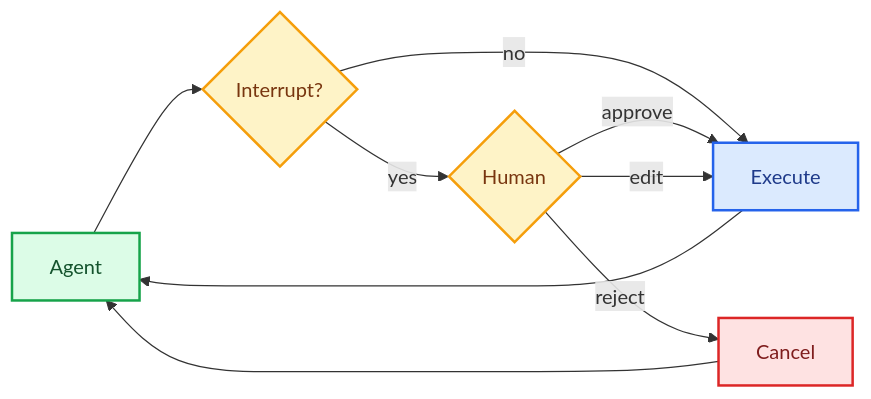
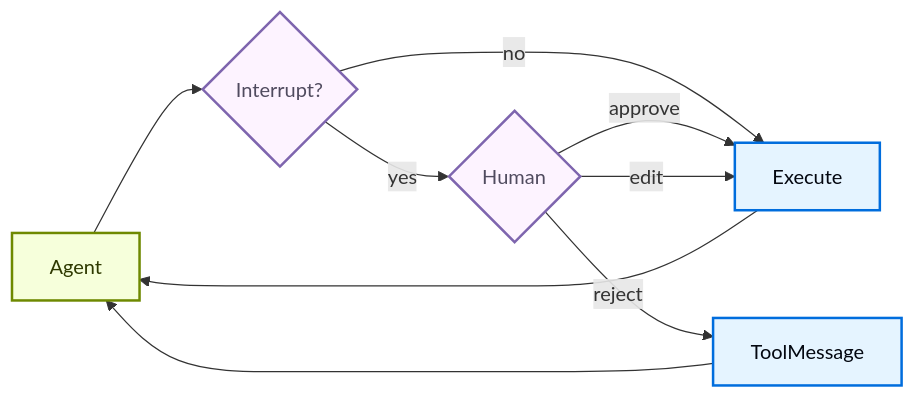
One commit to ActianCorp/langchain-ai-docs changed the diagram in build/oss/javascript/deepagents/human-in-the-loop.mdx. Above: the diagram before and after it, drawn with Mermaid. The commit also changed 2455 other files, not shown here.

````diff
--- a/build/oss/javascript/deepagents/human-in-the-loop.mdx
+++ b/build/oss/javascript/deepagents/human-in-the-loop.mdx
@@ -11,23 +11,23 @@
 ```mermaid
 graph LR
     Agent[Agent] --> Check{Interrupt?}
     Check --> |no| Execute[Execute]
     Check --> |yes| Human{Human}
 
     Human --> |approve| Execute
     Human --> |edit| Execute
-    Human --> |reject| Cancel[Cancel]
+    Human --> |reject| ToolMessage[ToolMessage]
 
     Execute --> Agent
-    Cancel --> Agent
+    ToolMessage --> Agent
 
-    classDef trigger fill:#DCFCE7,stroke:#16A34A,stroke-width:2px,color:#14532D
-    classDef process fill:#DBEAFE,stroke:#2563EB,stroke-width:2px,color:#1E3A8A
-    classDef decision fill:#FEF3C7,stroke:#F59E0B,stroke-width:2px,color:#78350F
-    classDef alert fill:#FEE2E2,stroke:#DC2626,stroke-width:2px,color:#7F1D1D
+    classDef trigger fill:#F6FFDB,stroke:#6E8900,stroke-width:2px,color:#2E3900
+    classDef process fill:#E5F4FF,stroke:#006DDD,stroke-width:2px,color:#030710
+    classDef decision fill:#FDF3FF,stroke:#7E65AE,stroke-width:2px,color:#504B5F
+    classDef alert fill:#F8E8E6,stroke:#B27D75,stroke-width:2px,color:#634643
 
     class Agent trigger
     class Check,Human decision
     class Execute process
-    class Cancel alert
+    class ToolMessage process
 ```
````
